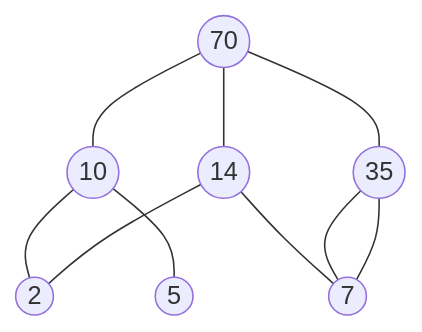
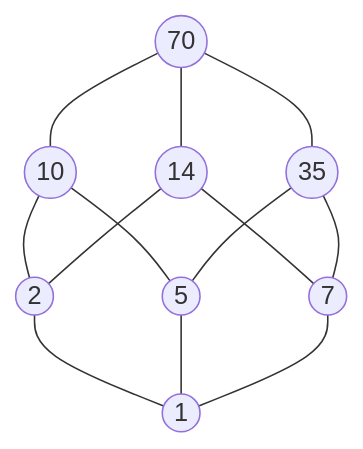
Before and after one commit to LeonStoldt/discreteMathematics: diagram 14 of 14 in README.md, drawn with Mermaid. The commit also changed other lines of this file, not shown here.

Commit message:
README.md updated from https://stackedit.io/

````diff
--- a/README.md
+++ b/README.md
@@ -242,12 +242,15 @@
 ```mermaid
 graph TD
 70((70)) --- 10((10))
 70 --- 14((14))
 70 --- 35((35))
 10 --- 2((2))
 10 --- 5((5))
 14 --- 2
-14 --- 7
-35 --- 7((7))
+14 --- 7((7))
+35 --- 5
 35 --- 7
+2 --- 1((1))
+5 --- 1
+7 --- 1
 ```
````
